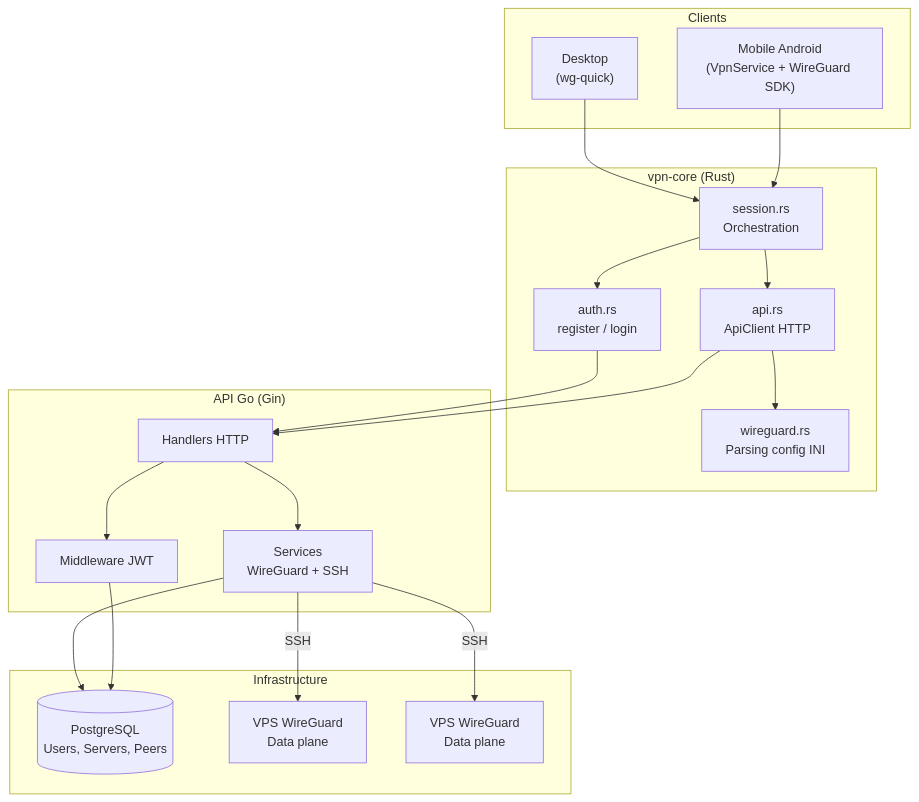
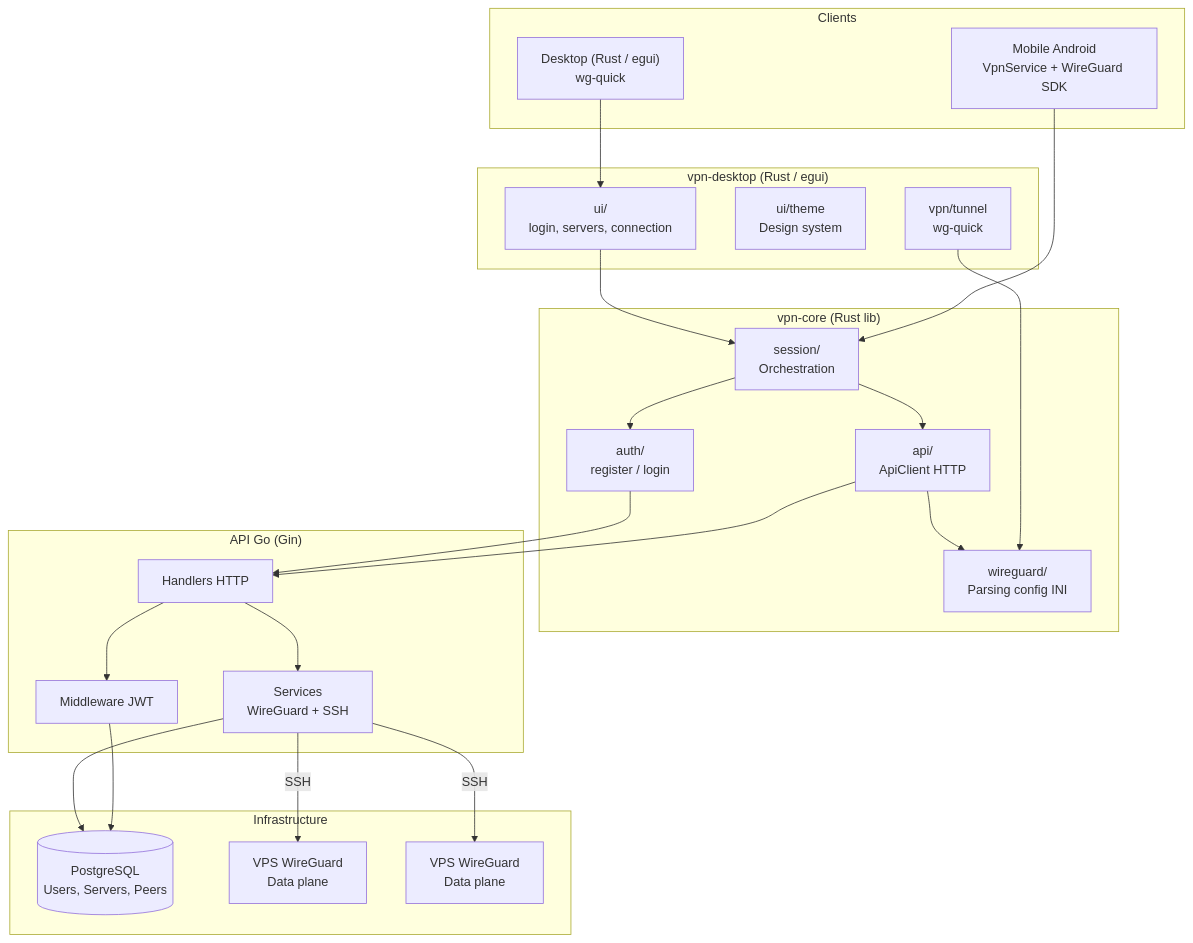
Before and after one commit to Xor290/FIRE-VPN: the first of 6 diagrams in README.md, drawn with Mermaid. The commit also changed other lines of this file, not shown here.

````diff
--- a/README.md
+++ b/README.md
@@ -7,40 +7,48 @@
 ```mermaid
 graph TB
     subgraph Clients
-        Desktop["Desktop<br/>(wg-quick)"]
-        Mobile["Mobile Android<br/>(VpnService + WireGuard SDK)"]
+        Desktop["Desktop (Rust / egui)<br/>wg-quick"]
+        Mobile["Mobile Android<br/>VpnService + WireGuard SDK"]
     end
 
-    subgraph "vpn-core (Rust)"
-        Auth["auth.rs<br/>register / login"]
-        API["api.rs<br/>ApiClient HTTP"]
-        WG["wireguard.rs<br/>Parsing config INI"]
-        Session["session.rs<br/>Orchestration"]
+    subgraph "vpn-core (Rust lib)"
+        Auth["auth/<br/>register / login"]
+        API["api/<br/>ApiClient HTTP"]
+        WG["wireguard/<br/>Parsing config INI"]
+        Session["session/<br/>Orchestration"]
+    end
+
+    subgraph "vpn-desktop (Rust / egui)"
+        UI["ui/<br/>login, servers, connection"]
+        Theme["ui/theme<br/>Design system"]
+        Tunnel["vpn/tunnel<br/>wg-quick"]
     end
 
     subgraph "API Go (Gin)"
         Handlers["Handlers HTTP"]
         Middleware["Middleware JWT"]
         Services["Services<br/>WireGuard + SSH"]
     end
 
     subgraph Infrastructure
         DB[(PostgreSQL<br/>Users, Servers, Peers)]
         VPS1["VPS WireGuard<br/>Data plane"]
         VPS2["VPS WireGuard<br/>Data plane"]
     end
 
-    Desktop --> Session
+    Desktop --> UI
+    UI --> Session
     Mobile --> Session
     Session --> Auth
     Session --> API
     API --> WG
+    Tunnel --> WG
     Auth --> Handlers
     API --> Handlers
     Handlers --> Middleware
     Handlers --> Services
     Services --> DB
     Services -->|SSH| VPS1
     Services -->|SSH| VPS2
     Middleware --> DB
 ```
````
